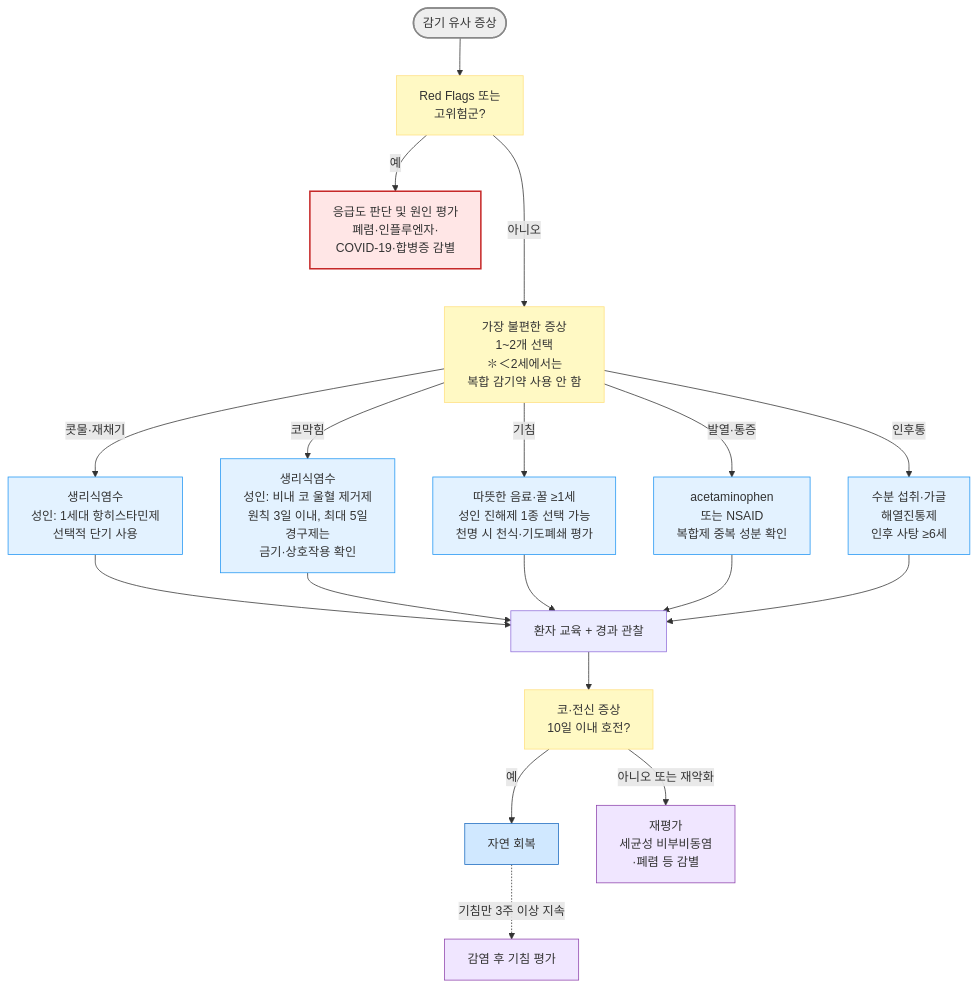
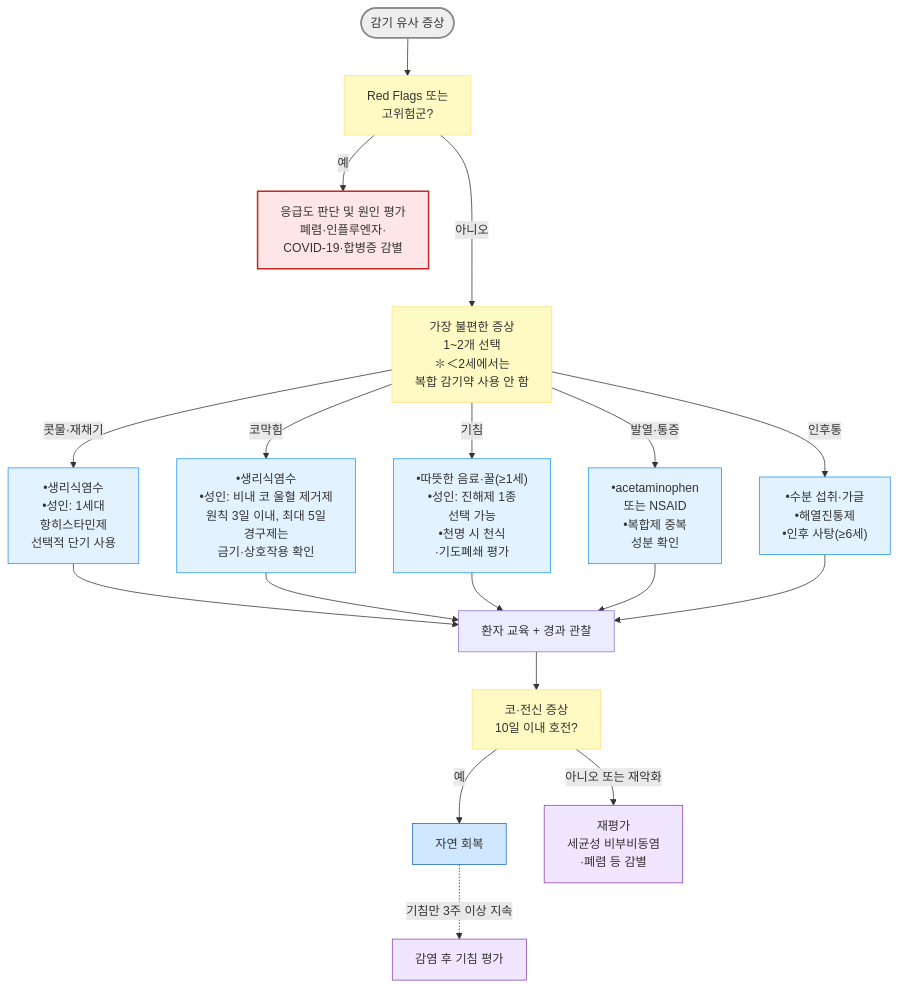
Before and after one commit to familyoh77/familyoh77: the diagram in 223_/060_-common-cold.md, drawn with Mermaid. The commit also changed other lines of this file, not shown here.

````diff
--- a/223_/060_-common-cold.md
+++ b/223_/060_-common-cold.md
@@ -137,29 +141,29 @@
 ```mermaid
 flowchart TD
     A(["감기 유사 증상"]) --> X["Red Flags 또는<br/>고위험군?"]
     X -->|예| E["응급도 판단 및 원인 평가<br/>폐렴·인플루엔자·<br/>COVID-19·합병증 감별"]
     X --->|아니오| B["가장 불편한 증상<br/>1~2개 선택<br/>✽＜2세에서는 <br/>복합 감기약 사용 안 함"]
-    B -->|콧물·재채기| R["생리식염수<br/>성인: 1세대 항히스타민제<br/>선택적 단기 사용"]
-    B -->|코막힘| C["생리식염수<br/>성인: 비내 코 울혈 제거제<br/>원칙 3일 이내, 최대 5일<br/>경구제는<br/>금기·상호작용 확인"]
-    B -->|기침| K["따뜻한 음료·꿀 ≥1세<br/>성인 진해제 1종 선택 가능<br/>천명 시 천식·기도폐쇄 평가"]
-    B -->|발열·통증| F["acetaminophen <br/>또는 NSAID<br/>복합제 중복 성분 확인"]
-    B -->|인후통| S["수분 섭취·가글<br/>해열진통제<br/>인후 사탕 ≥6세"]
+    B -->|콧물·재채기| R["•생리식염수<br/>•성인: 1세대 <br/>항히스타민제<br/>선택적 단기 사용"]
+    B -->|코막힘| C["•생리식염수<br/>•성인: 비내 코 울혈 제거제<br/>원칙 3일 이내, 최대 5일<br/>경구제는<br/>금기·상호작용 확인"]
+    B -->|기침| K["•따뜻한 음료·꿀(≥1세)<br/>•성인: 진해제 1종<br/> 선택 가능<br/>•천명 시 천식<br/>·기도폐쇄 평가"]
+    B -->|발열·통증| F["•acetaminophen <br/>또는 NSAID<br/>•복합제 중복<br/>성분 확인"]
+    B -->|인후통| S["•수분 섭취·가글<br/>•해열진통제<br/>•인후 사탕(≥6세)"]
     R --> Z["환자 교육 + 경과 관찰"]
     C --> Z
     K --> Z
     F --> Z
     S --> Z
     Z --> Y["코·전신 증상<br/>10일 이내 호전?"]
     Y -->|예| END["자연 회복"]
     Y -->|아니오 또는 재악화| RE["재평가<br/>세균성 비부비동염<br/>·폐렴 등 감별"]
     END -.->|기침만 3주 이상 지속| PIC["감염 후 기침 평가"]
     style A fill:#eeeeee,stroke:#888888,stroke-width:2px
     style E fill:#ffe6e6,stroke:#c62828,stroke-width:2px
     classDef yellow fill:#fff9c4,stroke:#ffe082
     class X,B,Y yellow
     classDef sky fill:#e3f2ff,stroke:#2196f3
     class R,C,K,F,S sky
     style END fill:#d0e8ff,stroke:#1a6abf
     style RE fill:#f0e6ff,stroke:#8e44ad
     style PIC fill:#f0e6ff,stroke:#8e44ad
 ```
````
